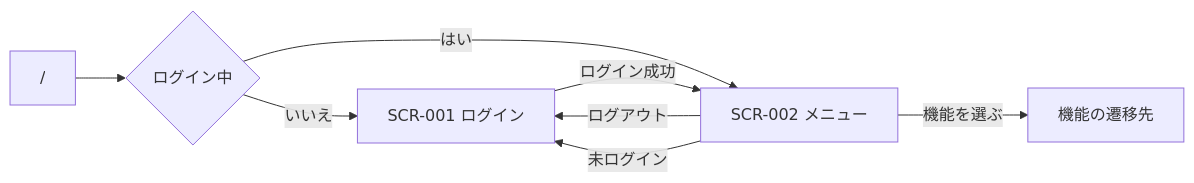
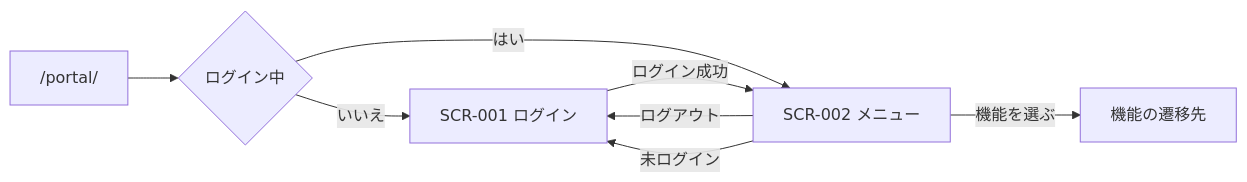
Before and after one commit to u1tym/cursor_web2: the diagram in docs/specs/portal/ui-design.md, drawn with Mermaid. The commit also changed other lines of this file and 9 other files, not shown here.

````diff
--- a/docs/specs/portal/ui-design.md
+++ b/docs/specs/portal/ui-design.md
@@ -132,10 +132,10 @@
 ```mermaid
 flowchart LR
-    Root["/"] --> Auth{ログイン中}
+    Root["/portal/"] --> Auth{ログイン中}
     Auth -->|いいえ| SCR001[SCR-001 ログイン]
     Auth -->|はい| SCR002[SCR-002 メニュー]
     SCR001 -->|ログイン成功| SCR002
     SCR002 -->|ログアウト| SCR001
     SCR002 -->|機能を選ぶ| Ext[機能の遷移先]
     SCR002 -->|未ログイン| SCR001
 ```
````
